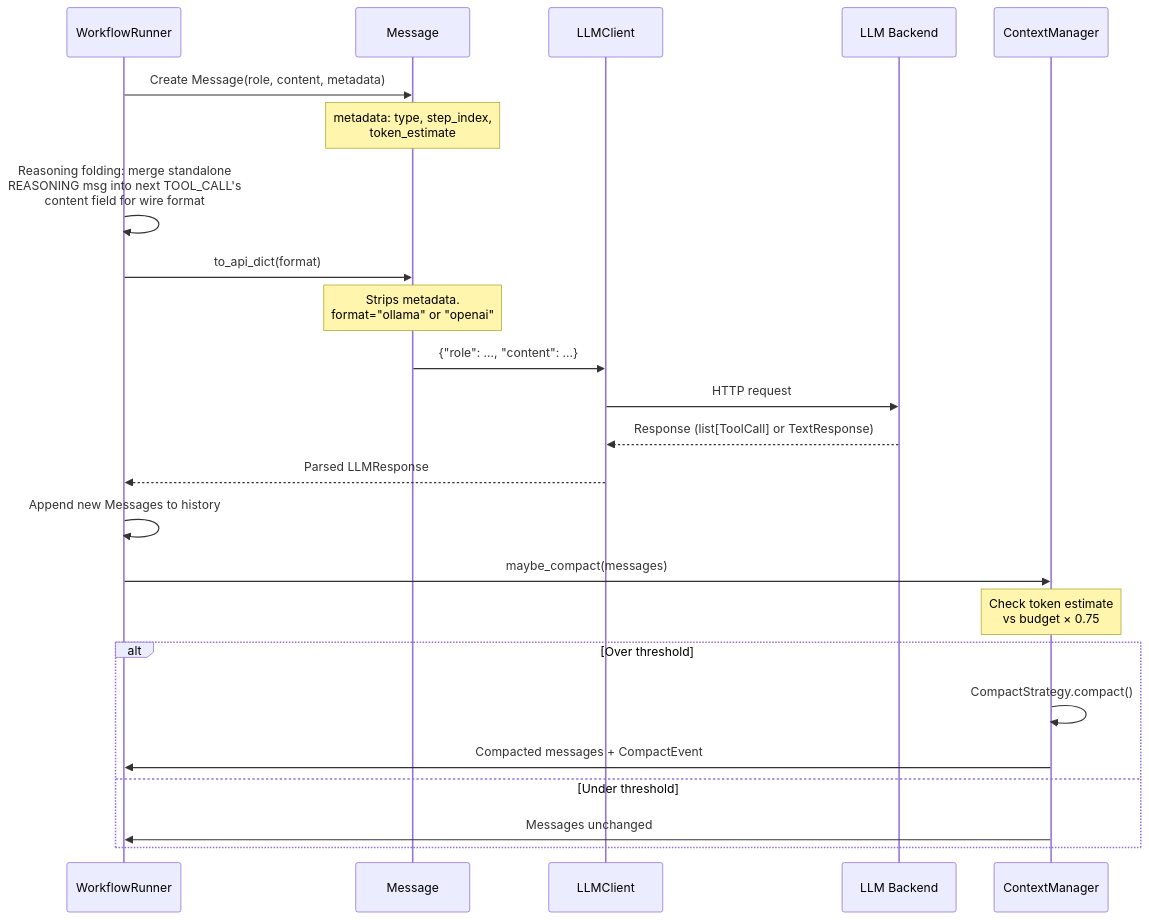
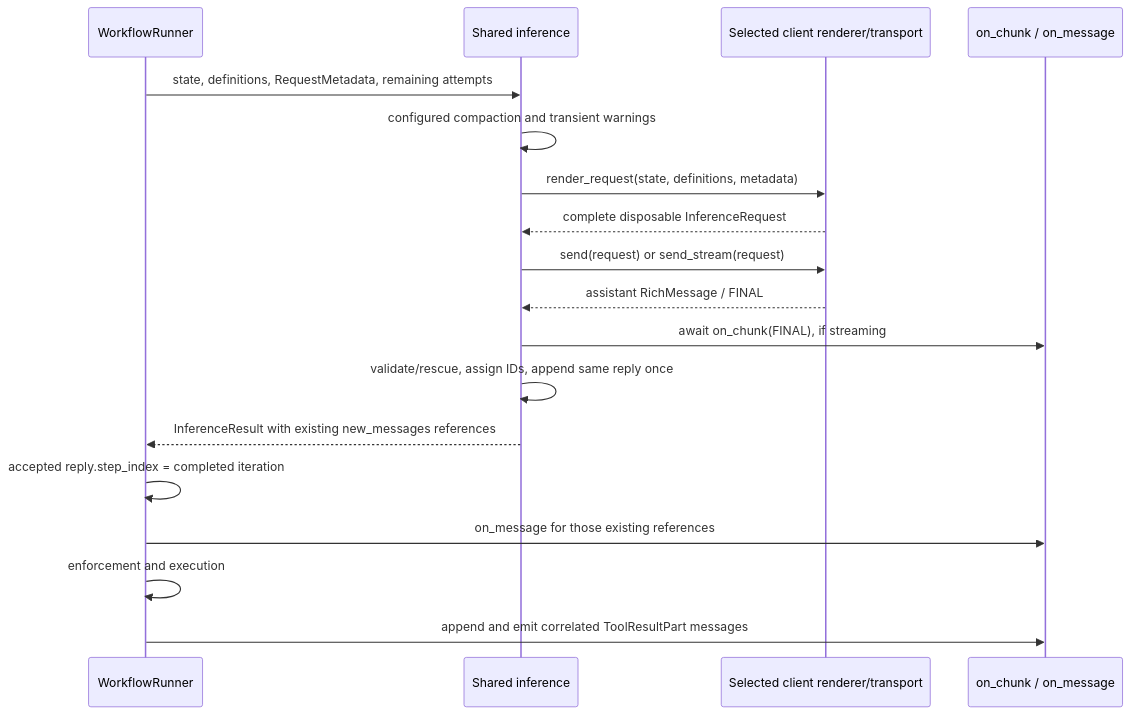
The second of 7 diagrams in docs/WORKFLOW.md (antoinezambelli/forge), drawn with Mermaid before and after one commit. The commit also changed other lines of this file and 17 other files, not shown here.

Commit message:
cp-canonical-runner-history: use shared rich replies throughout workflow execution

````diff
--- a/docs/WORKFLOW.md
+++ b/docs/WORKFLOW.md
@@ -113,34 +68,20 @@
 ```mermaid
 sequenceDiagram
     participant R as WorkflowRunner
-    participant M as Message
-    participant C as LLMClient
-    participant API as LLM Backend
-    participant CM as ContextManager
-
-    R->>M: Create Message(role, content, metadata)
-    Note over M: metadata: type, step_index,<br/>token_estimate
-
-    R->>R: Reasoning folding: merge standalone<br/>REASONING msg into next TOOL_CALL's<br/>content field for wire format
-
-    R->>M: to_api_dict(format)
-    Note over M: Strips metadata.<br/>format="ollama" or "openai"
-
-    M->>C: {"role": ..., "content": ...}
-    C->>API: HTTP request
-
-    API-->>C: Response (list[ToolCall] or TextResponse)
-    C-->>R: Parsed LLMResponse
-
-    R->>R: Append new Messages to history
-
-    R->>CM: maybe_compact(messages)
-    Note over CM: Check token estimate<br/>vs budget × 0.75
-
-    alt Over threshold
-        CM->>CM: CompactStrategy.compact()
-        CM->>R: Compacted messages + CompactEvent
-    else Under threshold
-        CM->>R: Messages unchanged
-    end
+    participant I as Shared inference
+    participant C as Selected client renderer/transport
+    participant E as on_chunk / on_message
+    R->>I: state, definitions, RequestMetadata, remaining attempts
+    I->>I: configured compaction and transient warnings
+    I->>C: render_request(state, definitions, metadata)
+    C-->>I: complete disposable InferenceRequest
+    I->>C: send(request) or send_stream(request)
+    C-->>I: assistant RichMessage / FINAL
+    I->>E: await on_chunk(FINAL), if streaming
+    I->>I: validate/rescue, assign IDs, append same reply once
+    I-->>R: InferenceResult with existing new_messages references
+    R->>R: accepted reply.step_index = completed iteration
+    R->>E: on_message for those existing references
+    R->>R: enforcement and execution
+    R->>E: append and emit correlated ToolResultPart messages
 ```
````
